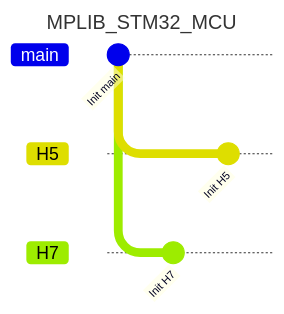
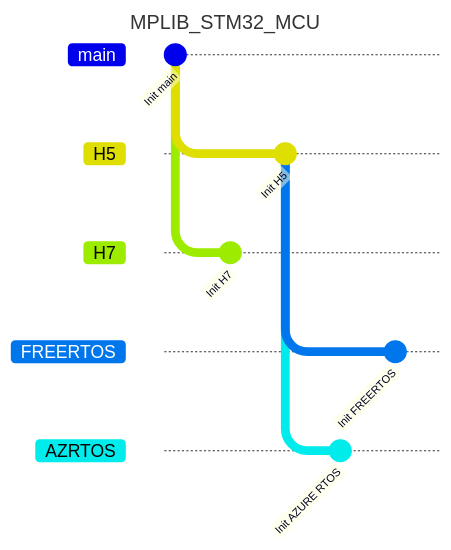
One commit to packetqc/MPLIB changed the second of 4 diagrams in README.md. Above: the diagram before and after it, drawn with Mermaid. The commit also changed other lines of this file and 4 other files, not shown here.

````diff
--- a/README.md
+++ b/README.md
@@ -32,12 +32,17 @@
 ```mermaid
 ---
 title: MPLIB_STM32_MCU
 ---
 gitGraph
 commit id: "Init main"
 branch H5
 branch H7
 commit id: "Init H7"
 checkout H5
 commit id: "Init H5"
+branch FREERTOS
+branch AZRTOS
+commit id: "Init AZURE RTOS"
+checkout FREERTOS
+commit id: "Init FREERTOS"
 ```
````
